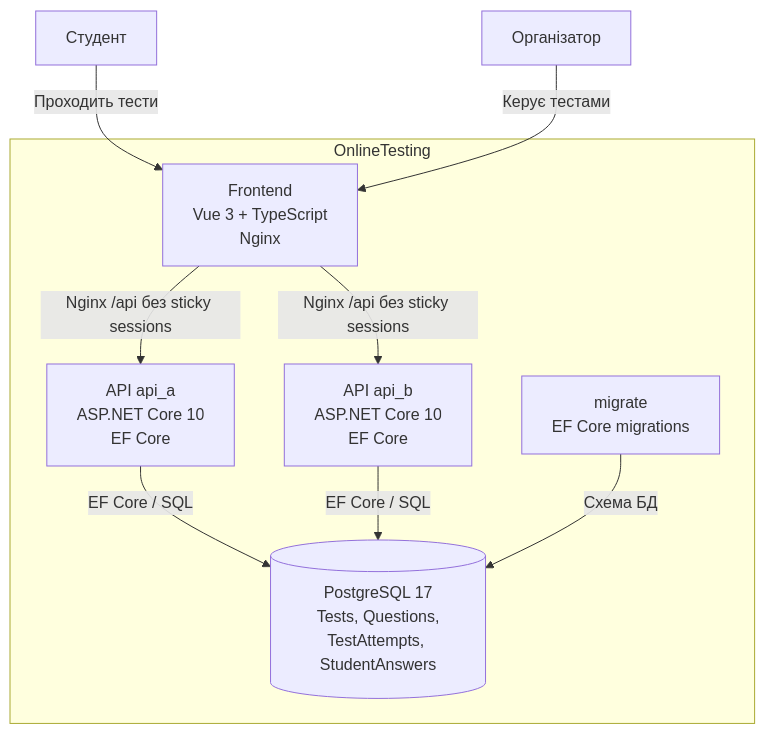
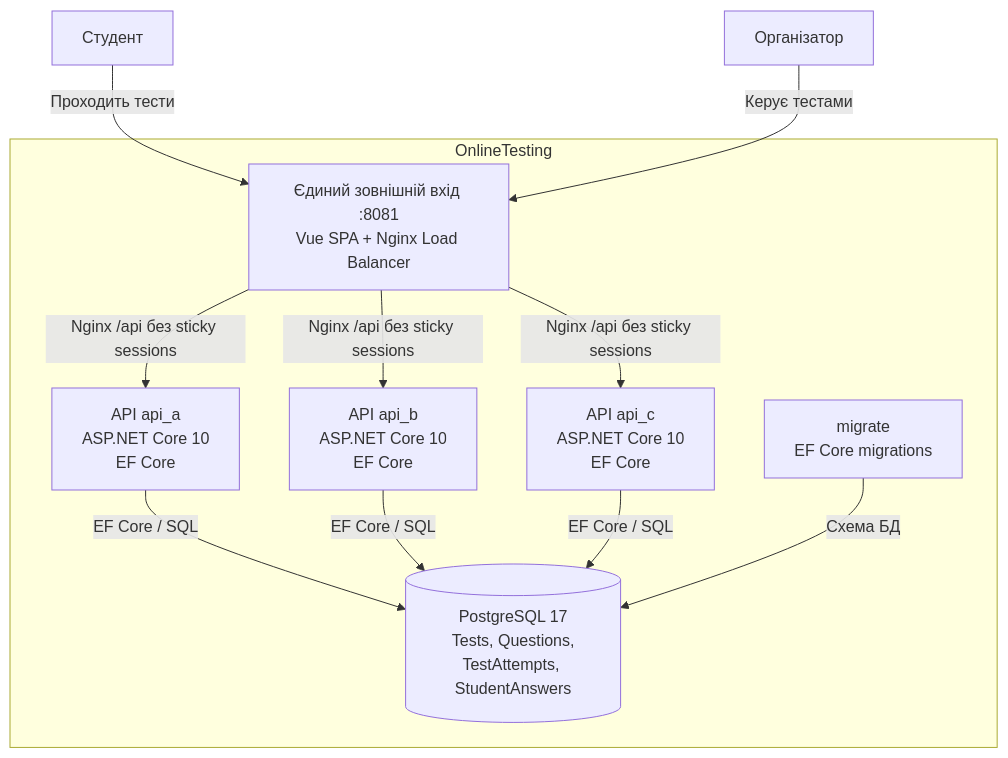
One commit to LYarmoliuk/OnlineTesting changed the first of 3 diagrams in docs/architecture.md. Above: the diagram before and after it, drawn with Mermaid. The commit also changed other lines of this file and 7 other files, not shown here.

````diff
--- a/docs/architecture.md
+++ b/docs/architecture.md
@@ -17,21 +17,24 @@
 ```mermaid
 flowchart TB
     Student["Студент"]
     Organizer["Організатор"]
 
     subgraph OnlineTesting["OnlineTesting"]
-        Frontend["Frontend<br/>Vue 3 + TypeScript<br/>Nginx"]
+        Frontend["Єдиний зовнішній вхід :8081<br/>Vue SPA + Nginx Load Balancer"]
         APIA["API api_a<br/>ASP.NET Core 10<br/>EF Core"]
         APIB["API api_b<br/>ASP.NET Core 10<br/>EF Core"]
+        APIC["API api_c<br/>ASP.NET Core 10<br/>EF Core"]
         Migration["migrate<br/>EF Core migrations"]
         DB[("PostgreSQL 17<br/>Tests, Questions,<br/>TestAttempts, StudentAnswers")]
     end
 
     Student -->|"Проходить тести"| Frontend
     Organizer -->|"Керує тестами"| Frontend
     Frontend -->|"Nginx /api без sticky sessions"| APIA
     Frontend -->|"Nginx /api без sticky sessions"| APIB
+    Frontend -->|"Nginx /api без sticky sessions"| APIC
     APIA -->|"EF Core / SQL"| DB
     APIB -->|"EF Core / SQL"| DB
+    APIC -->|"EF Core / SQL"| DB
     Migration -->|"Схема БД"| DB
 ```
````
